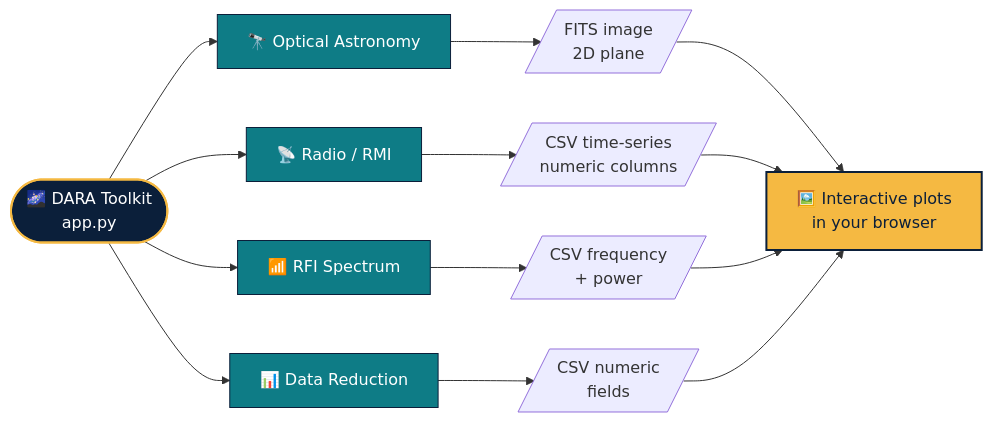
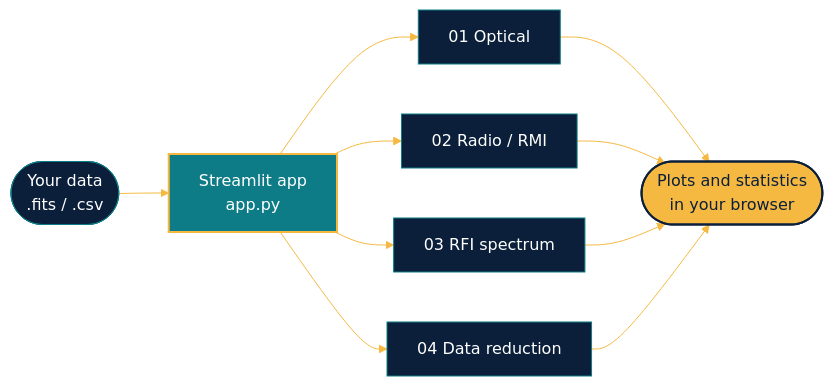
The first of 3 diagrams in README.md (LuthandoCandlovu/DARA-Astronomy-Practicals-Kenya-Illeret-), drawn with Mermaid before and after one commit. The commit also changed other lines of this file, not shown here.

````diff
--- a/README.md
+++ b/README.md
@@ -53,24 +43,15 @@
 ```mermaid
+%%{init: {'theme':'base','themeVariables':{'primaryColor':'#0B1F3A','primaryTextColor':'#ffffff','primaryBorderColor':'#0E7C86','lineColor':'#F5B942','secondaryColor':'#0E7C86','tertiaryColor':'#0B1F3A','fontFamily':'Segoe UI, Arial'}}}%%
 flowchart LR
-    A([🌌 DARA Toolkit<br/>app.py]) --> B[🔭 Optical Astronomy]
-    A --> C[📡 Radio / RMI]
-    A --> D[📶 RFI Spectrum]
-    A --> E[📊 Data Reduction]
-
-    B --> B1[/FITS image<br/>2D plane/]
-    C --> C1[/CSV time-series<br/>numeric columns/]
-    D --> D1[/CSV frequency<br/>+ power/]
-    E --> E1[/CSV numeric<br/>fields/]
-
-    B1 --> V[🖼️ Interactive plots<br/>in your browser]
-    C1 --> V
-    D1 --> V
-    E1 --> V
-
-    style A fill:#0B1F3A,stroke:#F5B942,color:#ffffff,stroke-width:2px
-    style B fill:#0E7C86,stroke:#0B1F3A,color:#ffffff
-    style C fill:#0E7C86,stroke:#0B1F3A,color:#ffffff
-    style D fill:#0E7C86,stroke:#0B1F3A,color:#ffffff
-    style E fill:#0E7C86,stroke:#0B1F3A,color:#ffffff
-    style V fill:#F5B942,stroke:#0B1F3A,color:#0B1F3A,stroke-width:2px
+    IN(["Your data<br/>.fits / .csv"]) --> APP["Streamlit app<br/>app.py"]
+    APP --> M1["01 Optical"]
+    APP --> M2["02 Radio / RMI"]
+    APP --> M3["03 RFI spectrum"]
+    APP --> M4["04 Data reduction"]
+    M1 --> OUT(["Plots and statistics<br/>in your browser"])
+    M2 --> OUT
+    M3 --> OUT
+    M4 --> OUT
+    style APP fill:#0E7C86,stroke:#F5B942,color:#ffffff,stroke-width:2px
+    style OUT fill:#F5B942,stroke:#0B1F3A,color:#0B1F3A,stroke-width:2px
 ```
````
